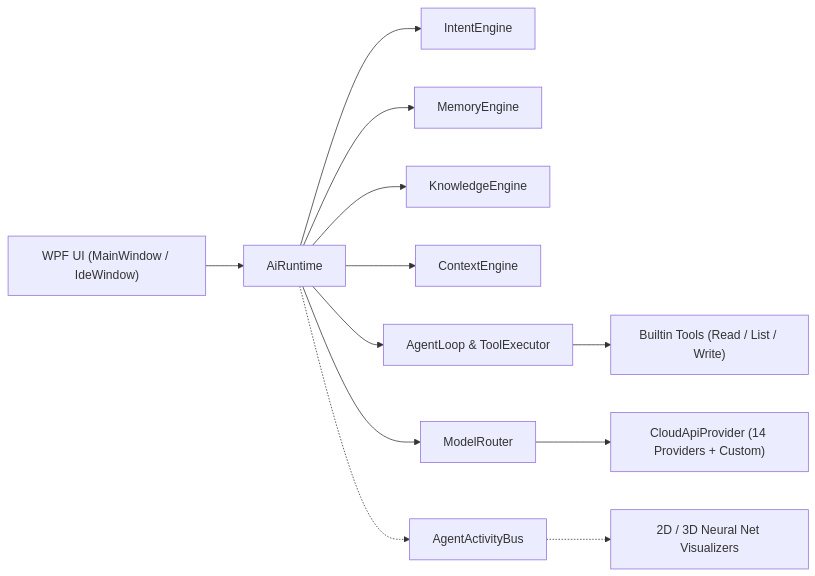
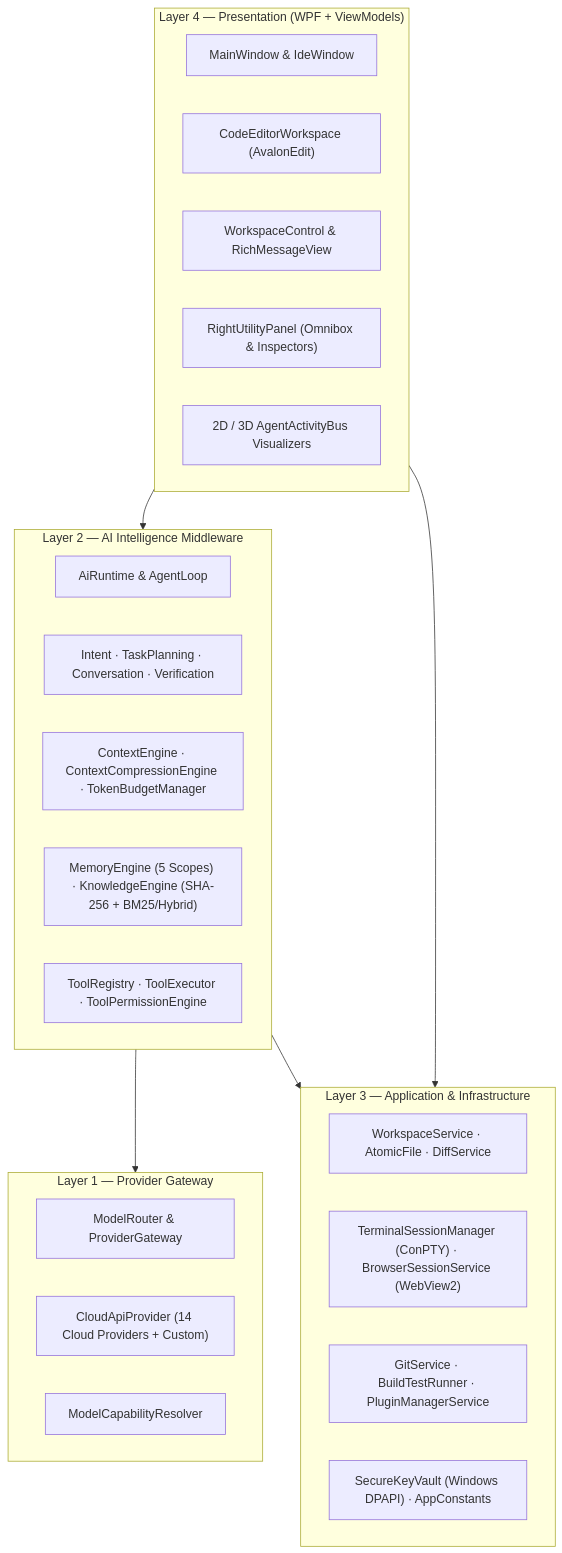
The first of 2 diagrams in README.md (R2Ksanu/LLMBOX-FT), drawn with Mermaid before and after one commit. The commit also changed other lines of this file and 25 other files, not shown here.

````diff
--- a/README.md
+++ b/README.md
@@ -20,14 +39,36 @@
 ```mermaid
-flowchart LR
-    UI["WPF UI (MainWindow / IdeWindow)"] --> Runtime["AiRuntime"]
-    Runtime --> Intent["IntentEngine"]
-    Runtime --> Memory["MemoryEngine"]
-    Runtime --> Knowledge["KnowledgeEngine"]
-    Runtime --> Context["ContextEngine"]
-    Runtime --> Loop["AgentLoop & ToolExecutor"]
-    Loop --> Tools["Builtin Tools (Read / List / Write)"]
-    Runtime --> Router["ModelRouter"]
-    Router --> Providers["CloudApiProvider (14 Providers + Custom)"]
-    Runtime -.-> Bus["AgentActivityBus"]
-    Bus -.-> Viz["2D / 3D Neural Net Visualizers"]
+flowchart TB
+    subgraph L4["Layer 4 — Presentation (WPF + ViewModels)"]
+        Shell["MainWindow & IdeWindow"]
+        Editor["CodeEditorWorkspace (AvalonEdit)"]
+        Chat["WorkspaceControl & RichMessageView"]
+        Panel["RightUtilityPanel (Omnibox & Inspectors)"]
+        Viz["2D / 3D AgentActivityBus Visualizers"]
+    end
+
+    subgraph L2["Layer 2 — AI Intelligence Middleware"]
+        Orch["AiRuntime & AgentLoop"]
+        Engines["Intent · TaskPlanning · Conversation · Verification"]
+        Ctx["ContextEngine · ContextCompressionEngine · TokenBudgetManager"]
+        Mem["MemoryEngine (5 Scopes) · KnowledgeEngine (SHA-256 + BM25/Hybrid)"]
+        Tools["ToolRegistry · ToolExecutor · ToolPermissionEngine"]
+    end
+
+    subgraph L1["Layer 1 — Provider Gateway"]
+        Router["ModelRouter & ProviderGateway"]
+        Adapters["CloudApiProvider (14 Cloud Providers + Custom)"]
+        Caps["ModelCapabilityResolver"]
+    end
+
+    subgraph L3["Layer 3 — Application & Infrastructure"]
+        FS["WorkspaceService · AtomicFile · DiffService"]
+        Sys["TerminalSessionManager (ConPTY) · BrowserSessionService (WebView2)"]
+        Dev["GitService · BuildTestRunner · PluginManagerService"]
+        Sec["SecureKeyVault (Windows DPAPI) · AppConstants"]
+    end
+
+    L4 --> L2
+    L2 --> L1
+    L2 --> L3
+    L4 --> L3
 ```
````
